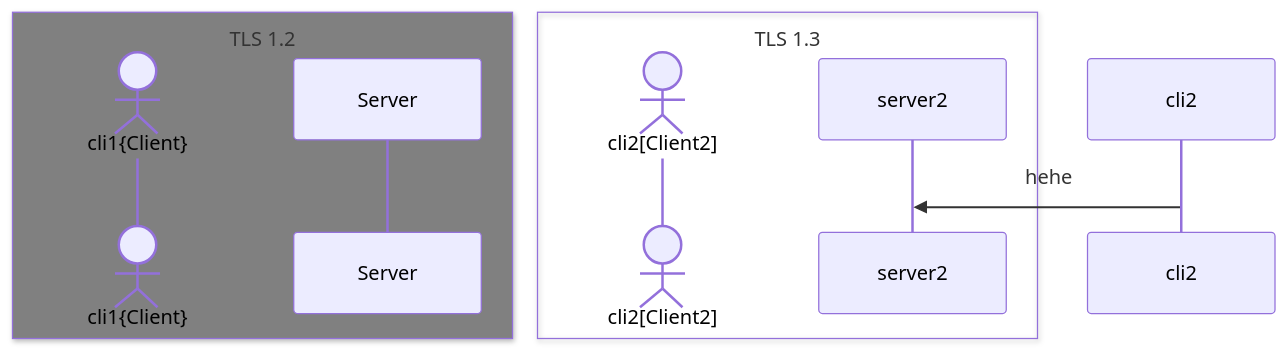
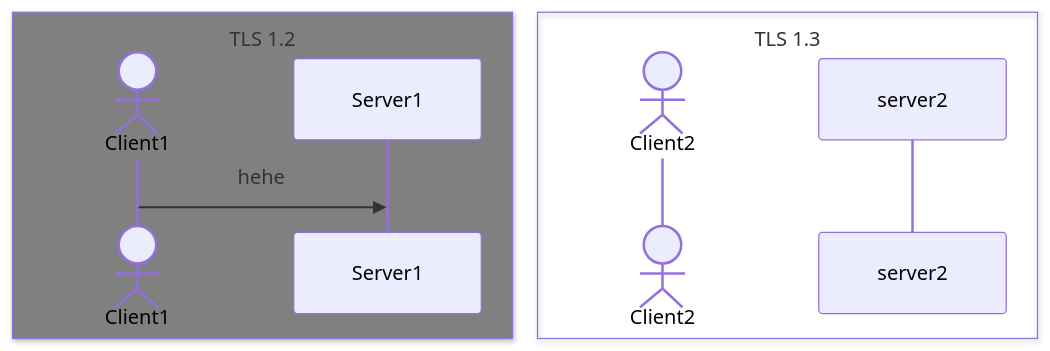
One commit to jtaverne/ovh changed the third of 3 diagrams in tls_1.3.md. Above: the diagram before and after it, drawn with Mermaid.

````diff
--- a/tls_1.3.md
+++ b/tls_1.3.md
@@ -37,12 +37,12 @@
 ```mermaid
 sequenceDiagram
     box Grey TLS 1.2
-    actor cli1{Client}
-    participant Server
+    actor Client1
+    participant Server1
     end
     box TLS 1.3
-    actor cli2[Client2]
+    actor Client2
     participant server2
     end
-cli2 ->> server2 : hehe
+Client1 ->> Server1 : hehe
 ```
````
